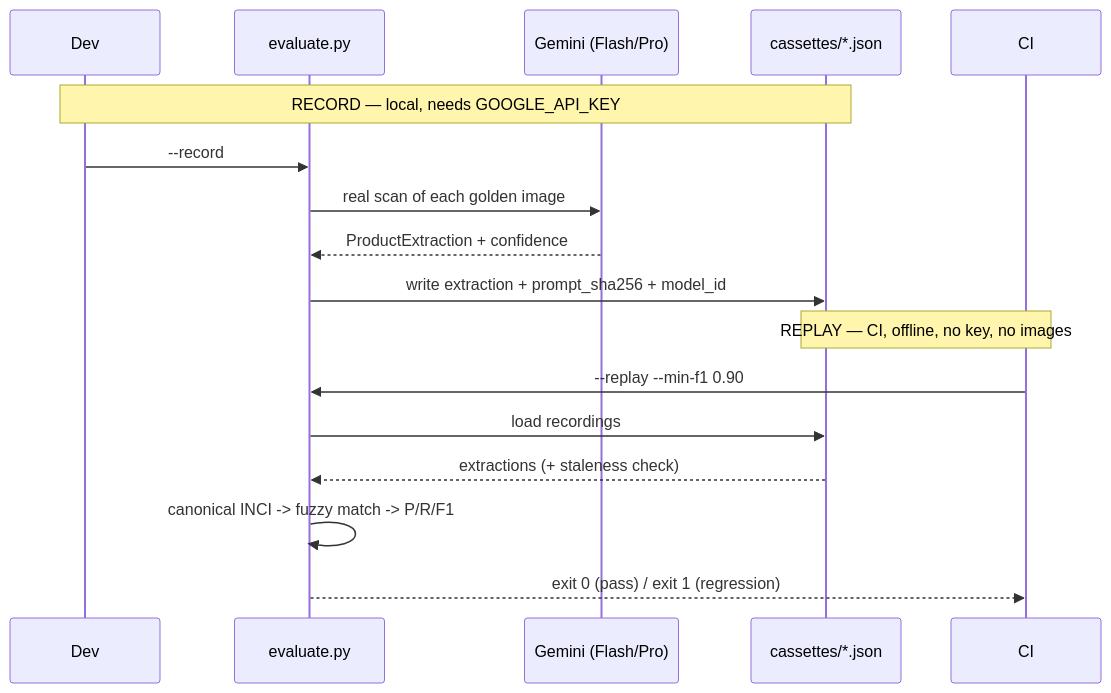
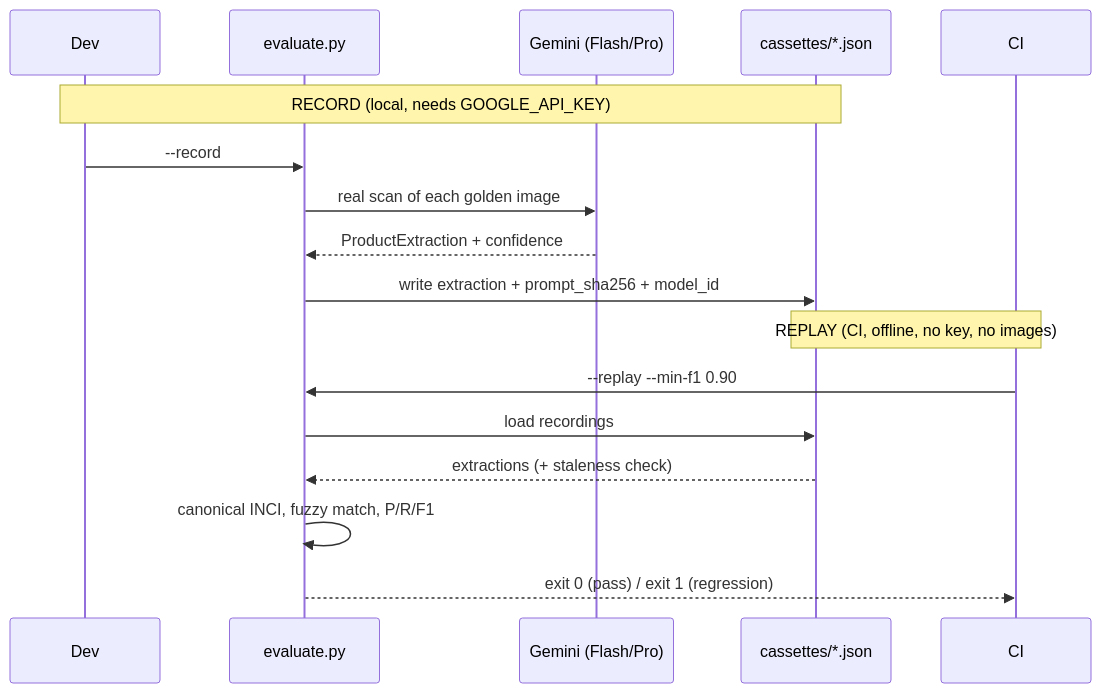
Before and after one commit to dvallslanaquera/skingraph: the fifth of 14 diagrams in EVAL-OPS.md, drawn with Mermaid. The commit also changed other lines of this file and 1 other file, not shown here.

First line of the commit message:
docs: sync roadmap with shipped phases 3-7; GitHub-safe EVAL-OPS mermaid labels

````diff
--- a/EVAL-OPS.md
+++ b/EVAL-OPS.md
@@ -196,21 +196,21 @@
 ```mermaid
 sequenceDiagram
     participant Dev
     participant Eval as evaluate.py
     participant VLM as Gemini (Flash/Pro)
     participant Cass as cassettes/*.json
     participant CI
 
-    Note over Dev,Cass: RECORD — local, needs GOOGLE_API_KEY
+    Note over Dev,Cass: RECORD (local, needs GOOGLE_API_KEY)
     Dev->>Eval: --record
     Eval->>VLM: real scan of each golden image
     VLM-->>Eval: ProductExtraction + confidence
     Eval->>Cass: write extraction + prompt_sha256 + model_id
 
-    Note over CI,Cass: REPLAY — CI, offline, no key, no images
+    Note over CI,Cass: REPLAY (CI, offline, no key, no images)
     CI->>Eval: --replay --min-f1 0.90
     Eval->>Cass: load recordings
     Cass-->>Eval: extractions (+ staleness check)
-    Eval->>Eval: canonical INCI -> fuzzy match -> P/R/F1
+    Eval->>Eval: canonical INCI, fuzzy match, P/R/F1
     Eval-->>CI: exit 0 (pass) / exit 1 (regression)
 ```
````
